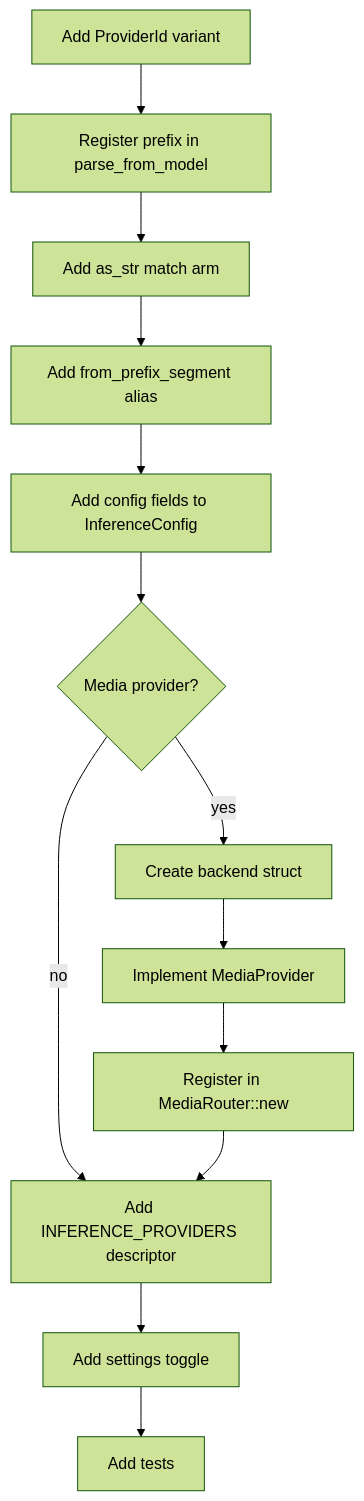
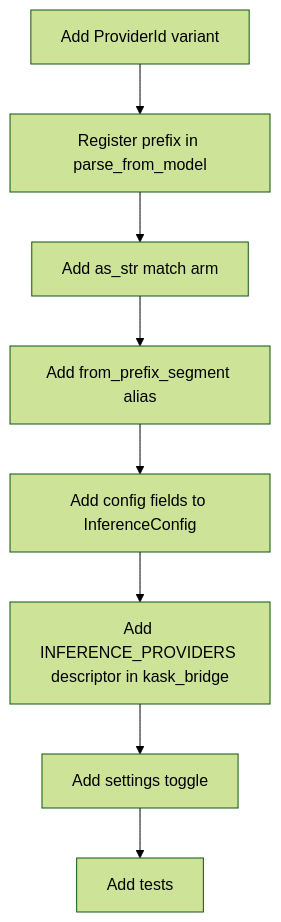
Before and after one commit to mdz-axo/zed-kask: the second of 2 diagrams in kask/docs/diataxis/hkask-inference/how-to.md, drawn with Mermaid (forest theme). The commit also changed other lines of this file and 22 other files, not shown here.

````diff
--- a/kask/docs/diataxis/hkask-inference/how-to.md
+++ b/kask/docs/diataxis/hkask-inference/how-to.md
@@ -56,15 +114,10 @@
 ```mermaid
 flowchart TD
     A[Add ProviderId variant] --> B[Register prefix in parse_from_model]
     B --> C[Add as_str match arm]
     C --> D[Add from_prefix_segment alias]
     D --> E[Add config fields to InferenceConfig]
-    E --> F{Media provider?}
-    F -- yes --> G[Create backend struct]
-    G --> H[Implement MediaProvider]
-    H --> I[Register in MediaRouter::new]
-    F -- no --> J[Add INFERENCE_PROVIDERS descriptor]
-    I --> J
-    J --> K[Add settings toggle]
-    K --> L[Add tests]
+    E --> F[Add INFERENCE_PROVIDERS descriptor in kask_bridge]
+    F --> G[Add settings toggle]
+    G --> H[Add tests]
 ```
````
